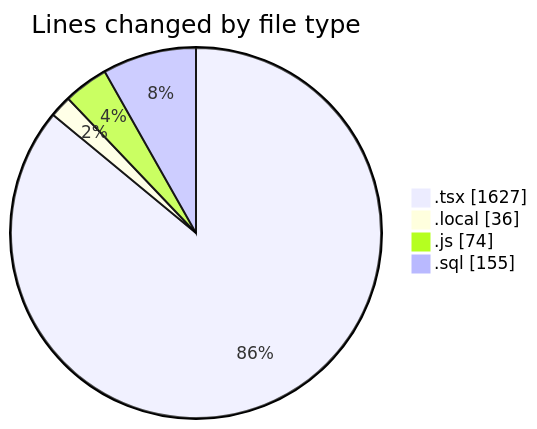
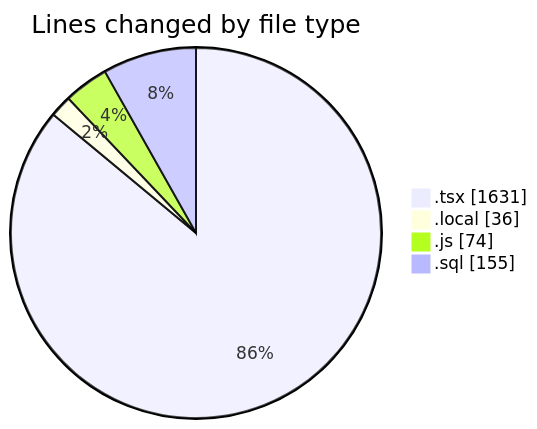
The first of 2 diagrams in 2026-02-16/chatbot-ui-main/README.md (becaeroporto-bot/code-tracking), drawn with Mermaid before and after one commit. The commit also changed other lines of this file and 1 other file, not shown here.

````diff
--- a/2026-02-16/chatbot-ui-main/README.md
+++ b/2026-02-16/chatbot-ui-main/README.md
@@ -28,8 +28,8 @@
 ```mermaid
 pie showData
 title Lines changed by file type
-".tsx" : 1627
+".tsx" : 1631
 ".local" : 36
 ".js" : 74
 ".sql" : 155
 ```
````
